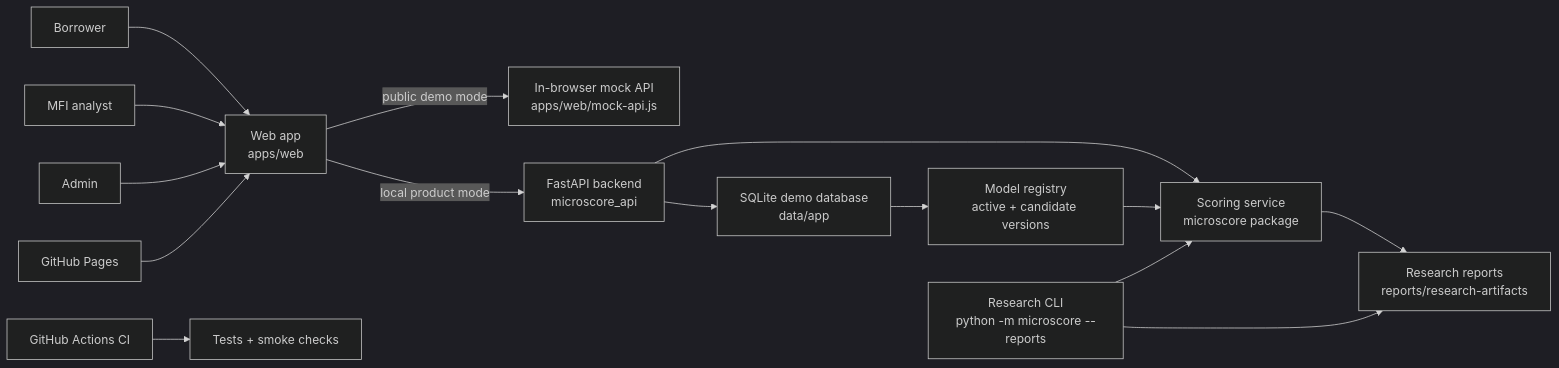
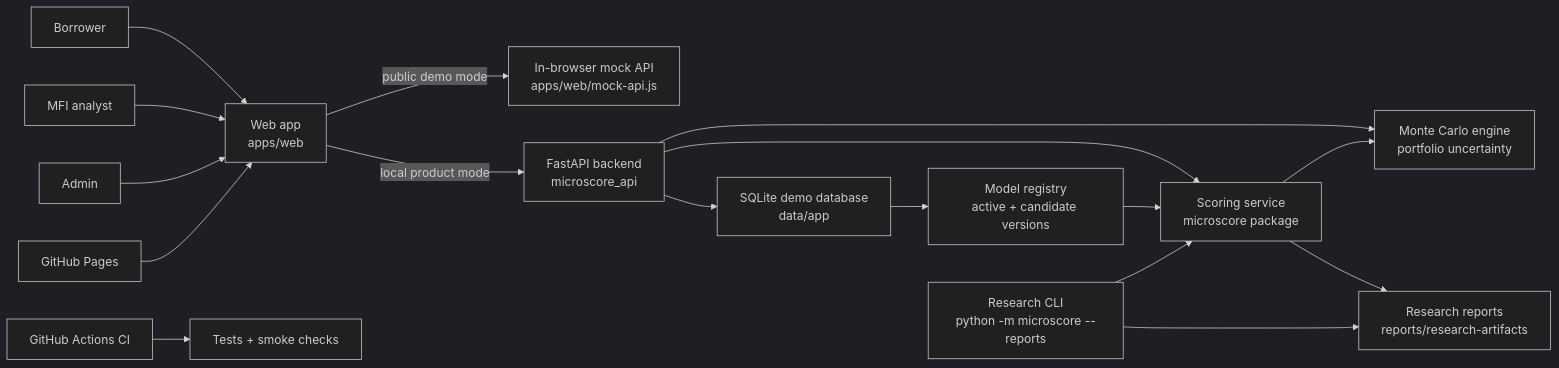
Before and after one commit to alex-tereshkovv/micro-score: the diagram in docs/ARCHITECTURE.md, drawn with Mermaid (dark theme). The commit also changed other lines of this file and 28 other files, not shown here.

Commit message:
Add Monte Carlo portfolio stress simulation

````diff
--- a/docs/ARCHITECTURE.md
+++ b/docs/ARCHITECTURE.md
@@ -9,21 +9,23 @@
 ```mermaid
 flowchart LR
     Borrower["Borrower"] --> Web["Web app\napps/web"]
     Analyst["MFI analyst"] --> Web
     Admin["Admin"] --> Web
 
     Web -->|"public demo mode"| MockApi["In-browser mock API\napps/web/mock-api.js"]
     Web -->|"local product mode"| FastAPI["FastAPI backend\nmicroscore_api"]
 
     FastAPI --> SQLite["SQLite demo database\ndata/app"]
     SQLite --> Registry["Model registry\nactive + candidate versions"]
     FastAPI --> Scoring["Scoring service\nmicroscore package"]
     Registry --> Scoring
+    FastAPI --> Simulation["Monte Carlo engine\nportfolio uncertainty"]
+    Scoring --> Simulation
     Scoring --> Reports["Research reports\nreports/research-artifacts"]
 
     Research["Research CLI\npython -m microscore --reports"] --> Scoring
     Research --> Reports
 
     CI["GitHub Actions CI"] --> Tests["Tests + smoke checks"]
     Pages["GitHub Pages"] --> Web
 ```
````
